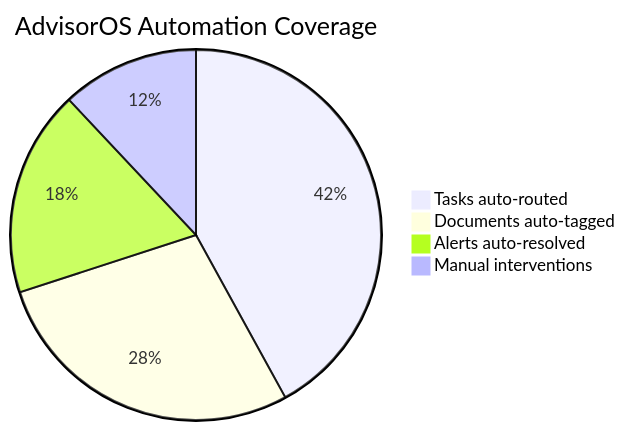
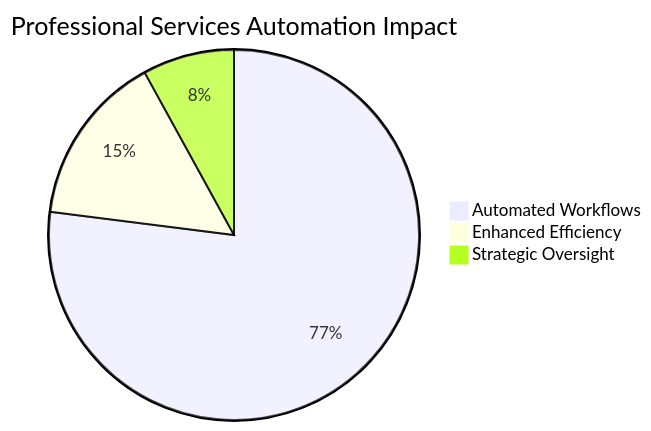
Before and after one commit to markus41/AdvisorOS: the second of 3 diagrams in docs/index.md, drawn with Mermaid. The commit also changed other lines of this file and 2 other files, not shown here.

Commit message:
Complete wiki transformation: Create business-focused, professional documentation

````diff
--- a/docs/index.md
+++ b/docs/index.md
@@ -93,7 +163,6 @@
 ```mermaid
-pie title AdvisorOS Automation Coverage
-  "Tasks auto-routed" : 42
-  "Documents auto-tagged" : 28
-  "Alerts auto-resolved" : 18
-  "Manual interventions" : 12
+pie title Professional Services Automation Impact
+  "Automated Workflows" : 77
+  "Enhanced Efficiency" : 15
+  "Strategic Oversight" : 8
 ```
````
